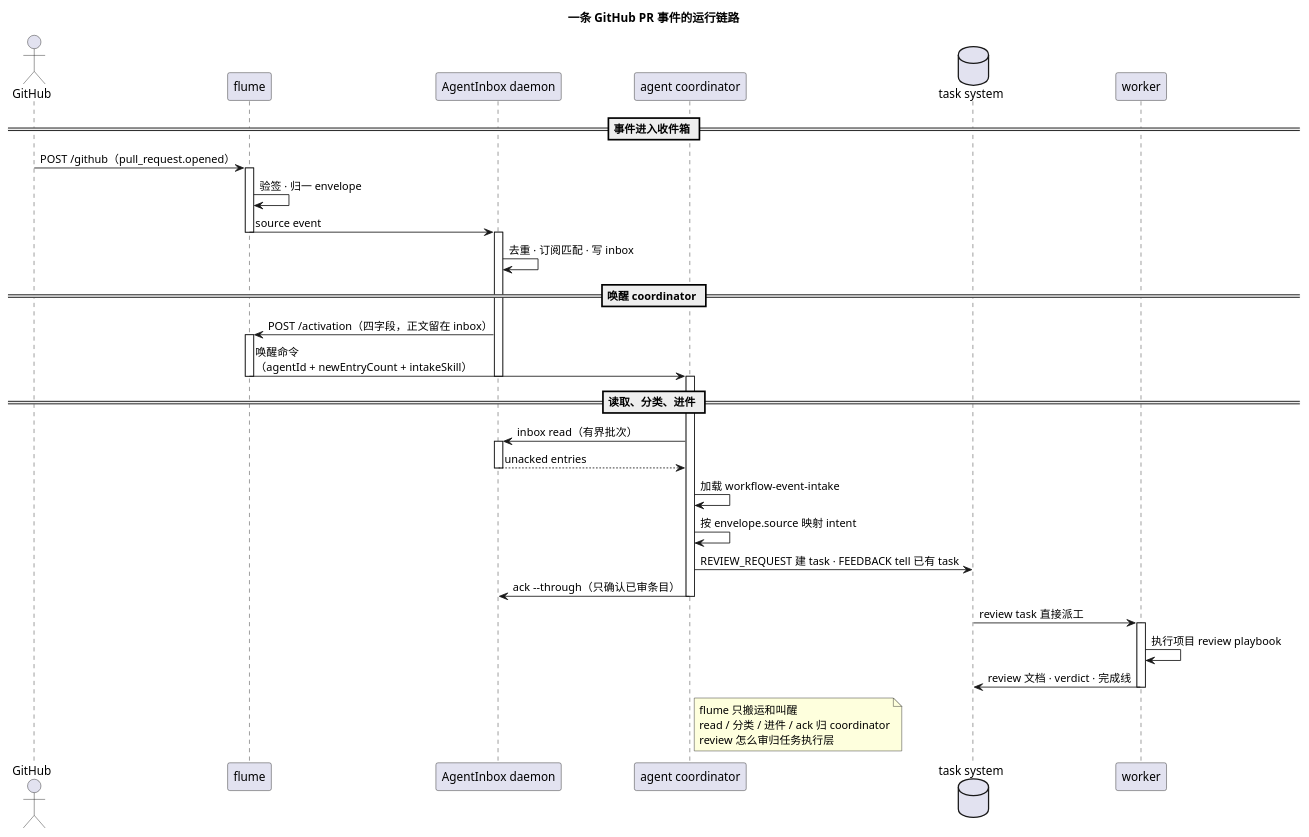
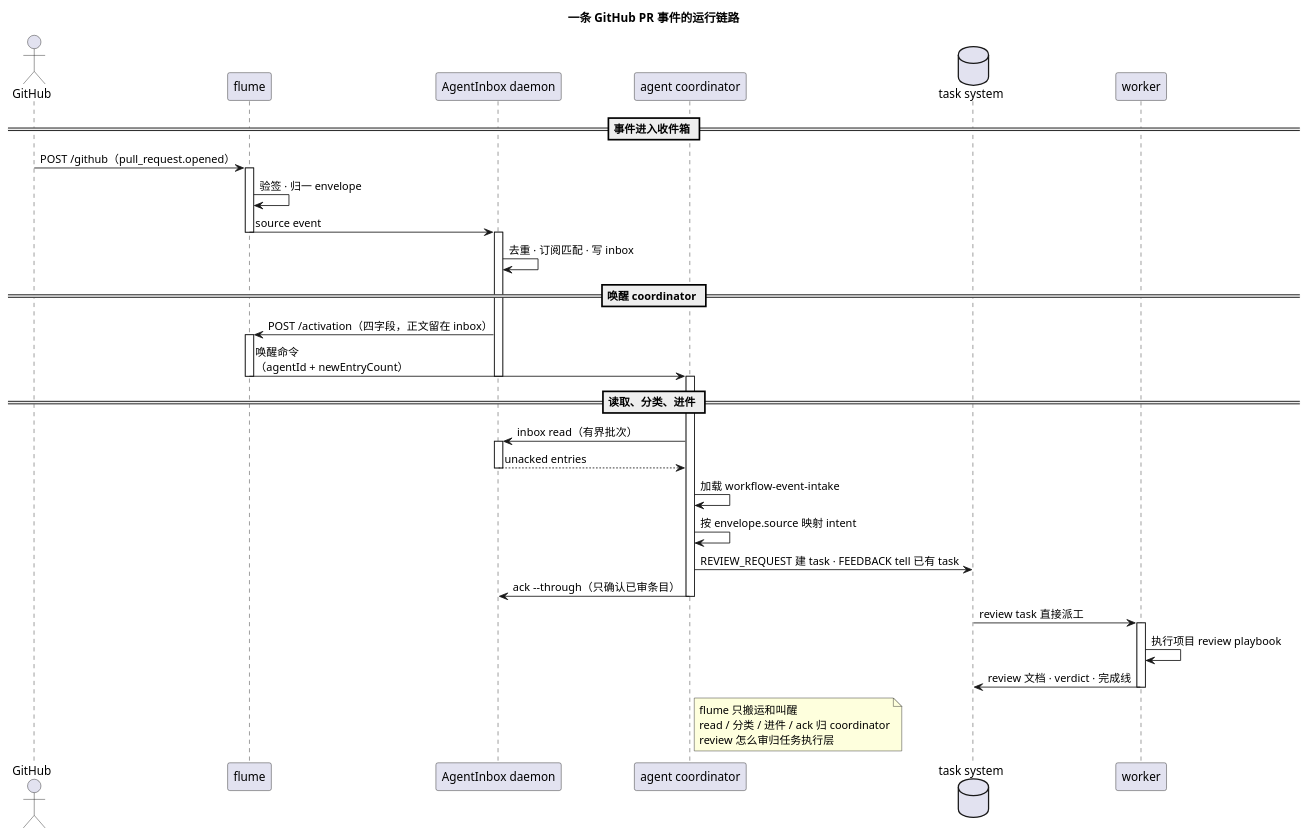
The diagram in README.md (iodone/flume), drawn with PlantUML before and after one commit. The commit also changed other lines of this file and 8 other files, not shown here.

````diff
--- a/README.md
+++ b/README.md
@@ -70,53 +70,53 @@
 ```plantuml
 @startuml
 title 一条 GitHub PR 事件的运行链路
 
 actor       "GitHub"                      as GH
 participant "flume"                       as FL
 participant "AgentInbox daemon"           as AI
 participant "agent coordinator"           as CO
 database    "task system"                 as BD
 participant "worker"                      as WK
 
 == 事件进入收件箱 ==
 GH -> FL : POST /github（pull_request.opened）
 activate FL
 FL -> FL : 验签 · 归一 envelope
 FL -> AI : source event
 deactivate FL
 activate AI
 AI -> AI : 去重 · 订阅匹配 · 写 inbox
 
 == 唤醒 coordinator ==
 AI -> FL : POST /activation（四字段，正文留在 inbox）
 activate FL
-FL -> CO : 唤醒命令\n（agentId + newEntryCount + intakeSkill）
+FL -> CO : 唤醒命令\n（agentId + newEntryCount）
 deactivate FL
 deactivate AI
 
 == 读取、分类、进件 ==
 activate CO
 CO -> AI : inbox read（有界批次）
 activate AI
 AI --> CO : unacked entries
 deactivate AI
 CO -> CO : 加载 workflow-event-intake
 CO -> CO : 按 envelope.source 映射 intent
 CO -> BD : REVIEW_REQUEST 建 task · FEEDBACK tell 已有 task
 CO -> AI : ack --through（只确认已审条目）
 deactivate CO
 
 BD -> WK : review task 直接派工
 activate WK
 WK -> WK : 执行项目 review playbook
 WK -> BD : review 文档 · verdict · 完成线
 deactivate WK
 
 note right of CO
   flume 只搬运和叫醒
   read / 分类 / 进件 / ack 归 coordinator
   review 怎么审归任务执行层
 end note
 
 @enduml
 ```
````
